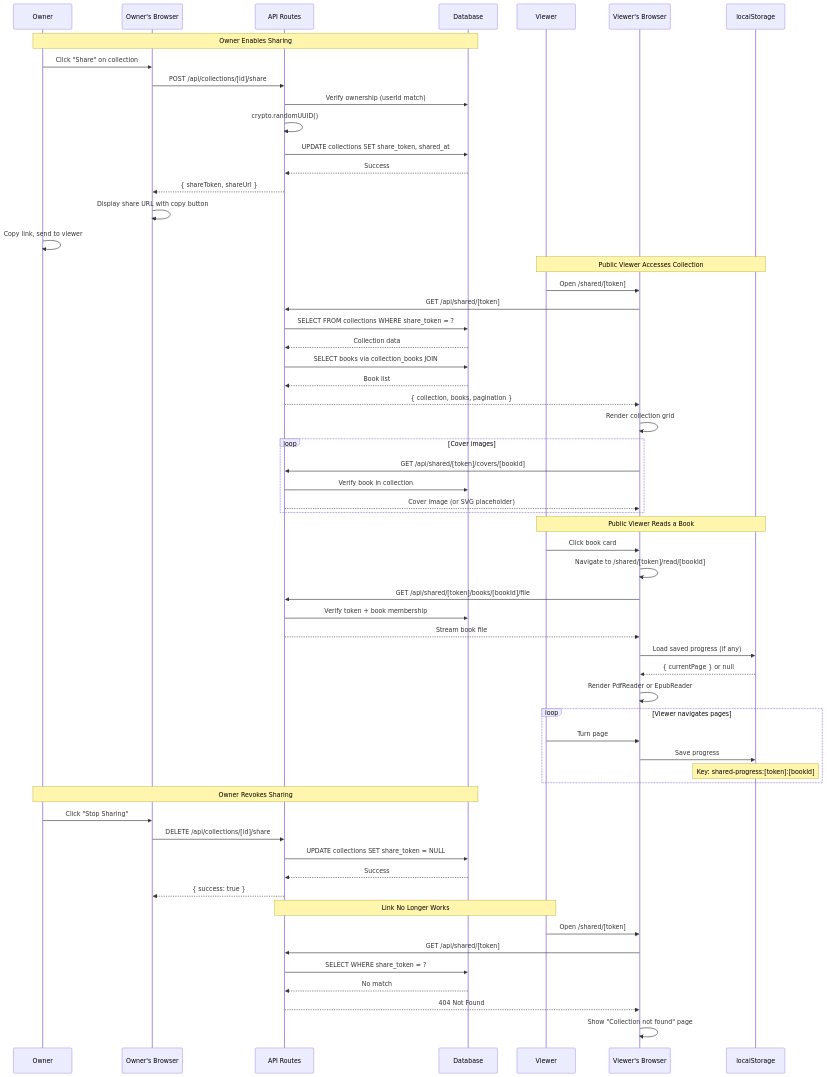
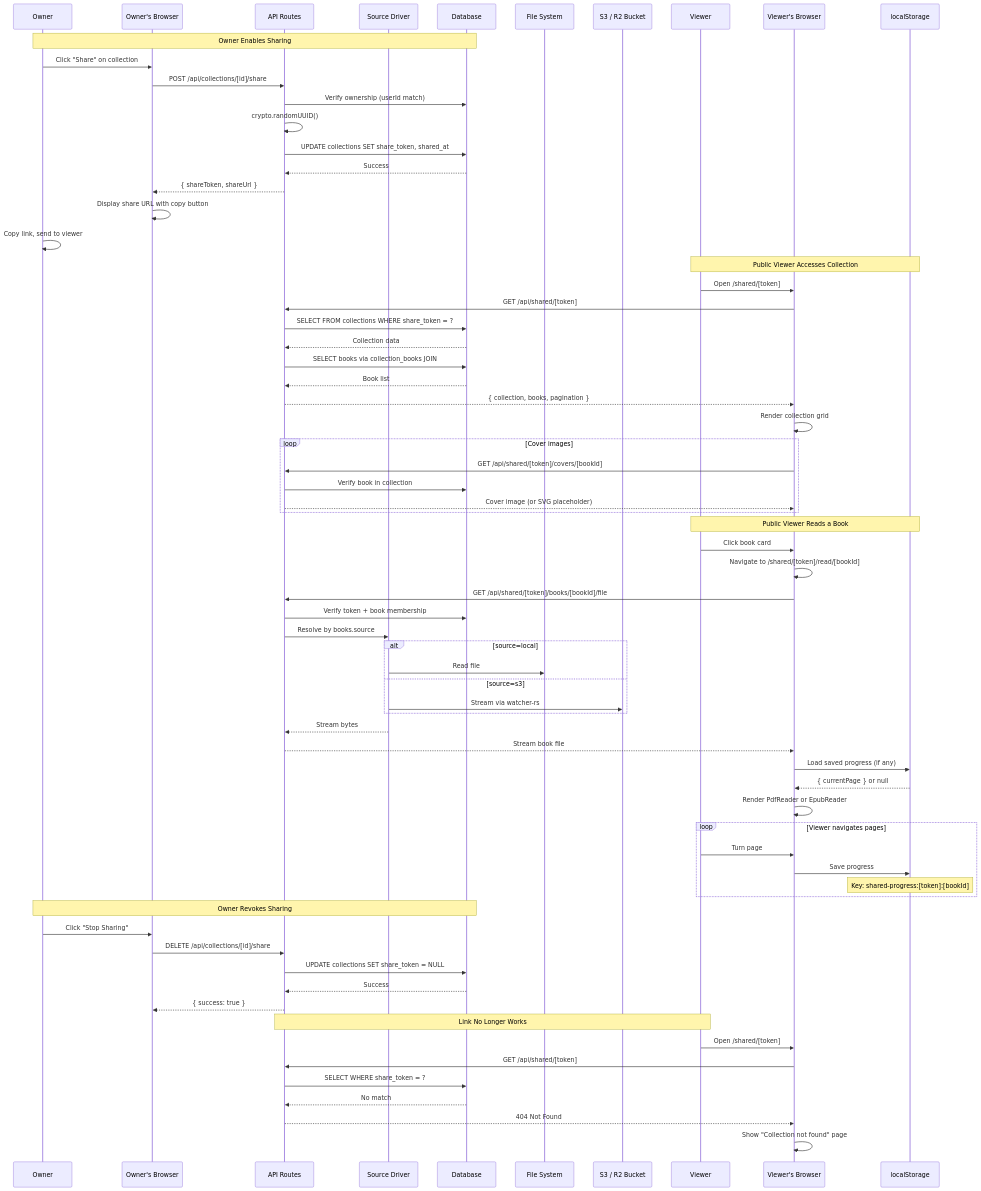
One commit to jamesacklin/alex changed the ninth of 10 diagrams in docs/design/sequence-diagrams.md. Above: the diagram before and after it, drawn with Mermaid. The commit also changed other lines of this file and 5 other files, not shown here.

Commit message:
add google drive integration; refactor s3 bucket integration; unify file serving; adjust db schema for source metadata; implement sync logic for drive and s3; maintain reader contract; add admin ui for s3 settings

````diff
--- a/docs/design/sequence-diagrams.md
+++ b/docs/design/sequence-diagrams.md
@@ -454,69 +511,79 @@
 ```mermaid
 sequenceDiagram
     participant Owner
     participant OwnerUI as Owner's Browser
     participant API as API Routes
+    participant SourceDriver as Source Driver
     participant DB as Database
+    participant FS as File System
+    participant S3 as S3 / R2 Bucket
     participant Viewer
     participant ViewerUI as Viewer's Browser
     participant LS as localStorage
 
     Note over Owner,DB: Owner Enables Sharing
     Owner->>OwnerUI: Click "Share" on collection
     OwnerUI->>API: POST /api/collections/[id]/share
     API->>DB: Verify ownership (userId match)
     API->>API: crypto.randomUUID()
     API->>DB: UPDATE collections SET share_token, shared_at
     DB-->>API: Success
     API-->>OwnerUI: { shareToken, shareUrl }
     OwnerUI->>OwnerUI: Display share URL with copy button
     Owner->>Owner: Copy link, send to viewer
 
     Note over Viewer,LS: Public Viewer Accesses Collection
     Viewer->>ViewerUI: Open /shared/[token]
     ViewerUI->>API: GET /api/shared/[token]
     API->>DB: SELECT FROM collections WHERE share_token = ?
     DB-->>API: Collection data
     API->>DB: SELECT books via collection_books JOIN
     DB-->>API: Book list
     API-->>ViewerUI: { collection, books, pagination }
     ViewerUI->>ViewerUI: Render collection grid
 
     loop Cover images
         ViewerUI->>API: GET /api/shared/[token]/covers/[bookId]
         API->>DB: Verify book in collection
         API-->>ViewerUI: Cover image (or SVG placeholder)
     end
 
     Note over Viewer,LS: Public Viewer Reads a Book
     Viewer->>ViewerUI: Click book card
     ViewerUI->>ViewerUI: Navigate to /shared/[token]/read/[bookId]
     ViewerUI->>API: GET /api/shared/[token]/books/[bookId]/file
     API->>DB: Verify token + book membership
+    API->>SourceDriver: Resolve by books.source
+    alt source=local
+        SourceDriver->>FS: Read file
+    else source=s3
+        SourceDriver->>S3: Stream via watcher-rs
+    end
+    SourceDriver-->>API: Stream bytes
     API-->>ViewerUI: Stream book file
 
     ViewerUI->>LS: Load saved progress (if any)
     LS-->>ViewerUI: { currentPage } or null
     ViewerUI->>ViewerUI: Render PdfReader or EpubReader
 
     loop Viewer navigates pages
         Viewer->>ViewerUI: Turn page
         ViewerUI->>LS: Save progress
         Note over LS: Key: shared-progress:[token]:[bookId]
     end
 
     Note over Owner,DB: Owner Revokes Sharing
     Owner->>OwnerUI: Click "Stop Sharing"
     OwnerUI->>API: DELETE /api/collections/[id]/share
     API->>DB: UPDATE collections SET share_token = NULL
     DB-->>API: Success
     API-->>OwnerUI: { success: true }
 
     Note over Viewer,API: Link No Longer Works
     Viewer->>ViewerUI: Open /shared/[token]
     ViewerUI->>API: GET /api/shared/[token]
     API->>DB: SELECT WHERE share_token = ?
     DB-->>API: No match
     API-->>ViewerUI: 404 Not Found
     ViewerUI->>ViewerUI: Show "Collection not found" page
 ```
````
